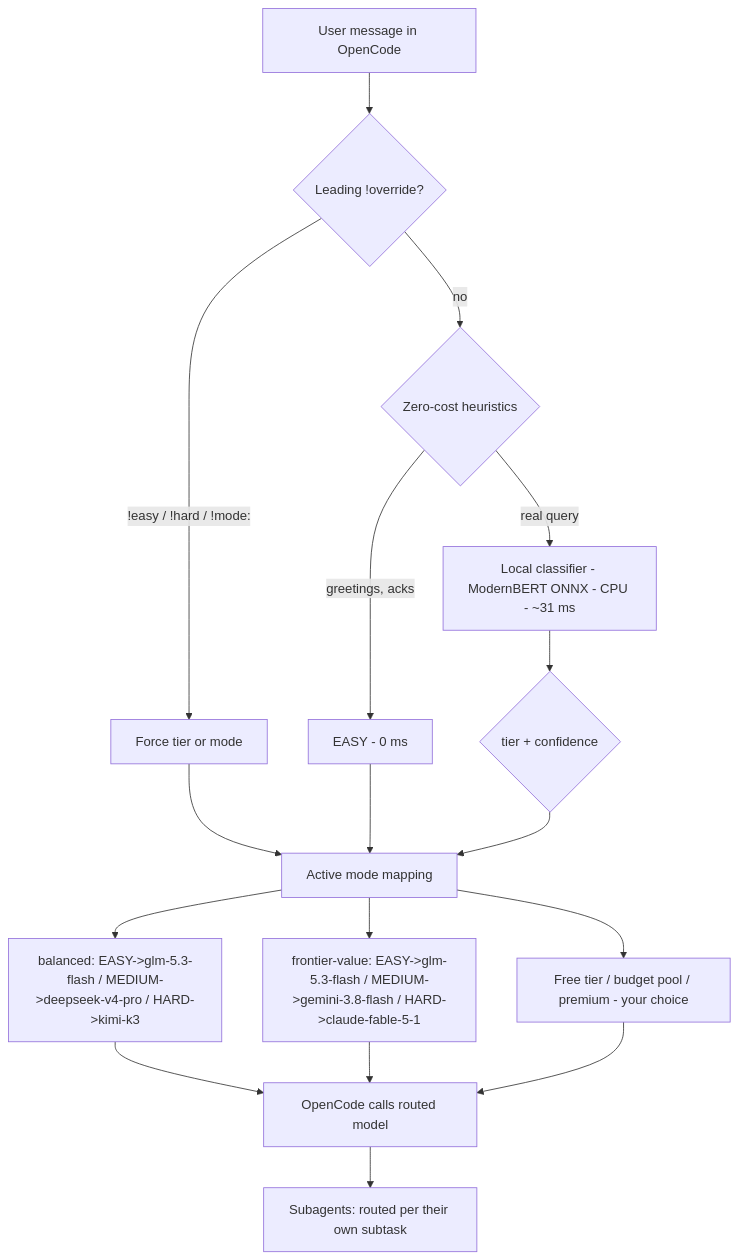
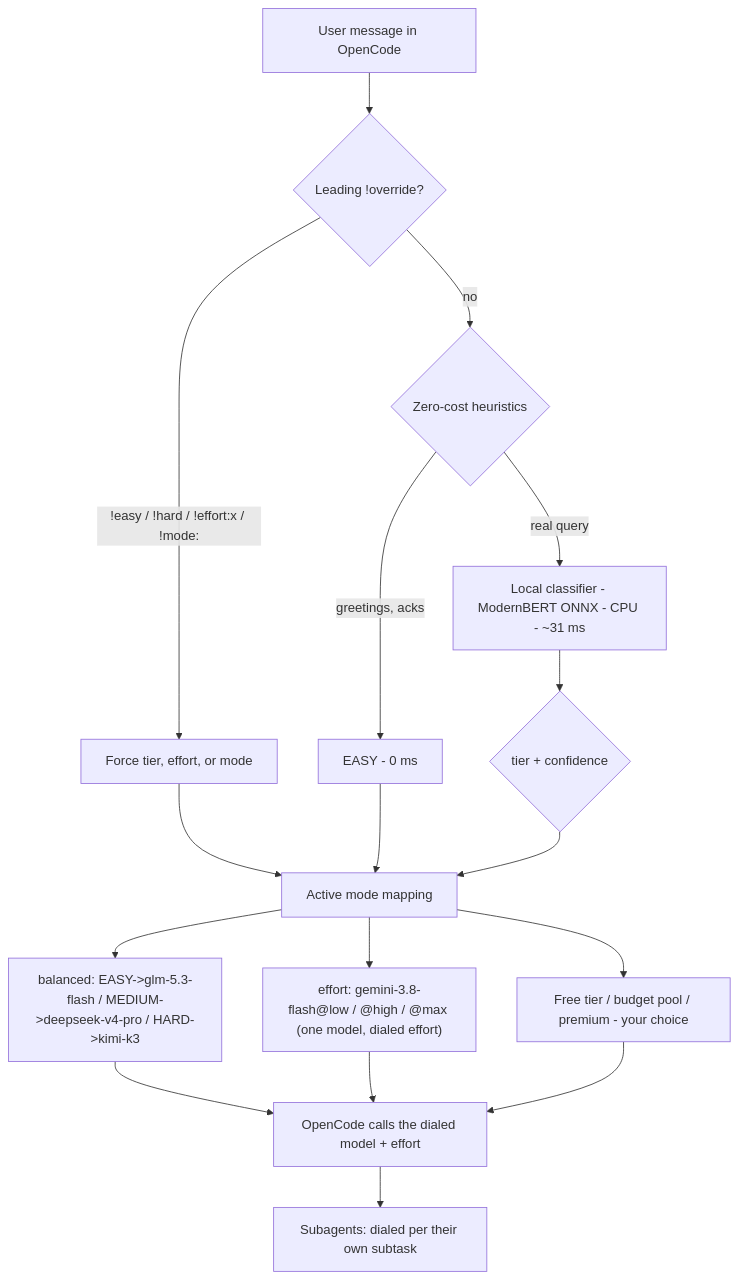
The diagram in README.md (ajaleelp/prompt-demux), drawn with Mermaid before and after one commit. The commit also changed other lines of this file and 4 other files, not shown here.

````diff
--- a/README.md
+++ b/README.md
@@ -75,19 +81,19 @@
 ```mermaid
 flowchart TD
     A["User message in OpenCode"] --> B{"Leading !override?"}
-    B -- "!easy / !hard / !mode:" --> C["Force tier or mode"]
+    B -- "!easy / !hard / !effort:x / !mode:" --> C["Force tier, effort, or mode"]
     B -- no --> D{"Zero-cost heuristics"}
     D -- "greetings, acks" --> E["EASY - 0 ms"]
     D -- "real query" --> F["Local classifier - ModernBERT ONNX - CPU - ~31 ms"]
     F --> G{"tier + confidence"}
     C --> H["Active mode mapping"]
     E --> H
     G --> H
     H --> I["balanced: EASY->glm-5.3-flash / MEDIUM->deepseek-v4-pro / HARD->kimi-k3"]
-    H --> I2["frontier-value: EASY->glm-5.3-flash / MEDIUM->gemini-3.8-flash / HARD->claude-fable-5-1"]
-    I --> K["OpenCode calls routed model"]
+    H --> I2["effort: gemini-3.8-flash@low / @high / @max (one model, dialed effort)"]
+    I --> K["OpenCode calls the dialed model + effort"]
     I2 --> K
     H --> J["Free tier / budget pool / premium - your choice"]
     J --> K
-    K --> L["Subagents: routed per their own subtask"]
+    K --> L["Subagents: dialed per their own subtask"]
 ```
````
